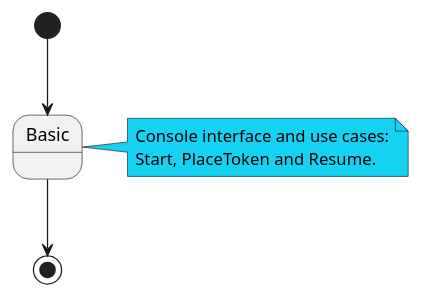
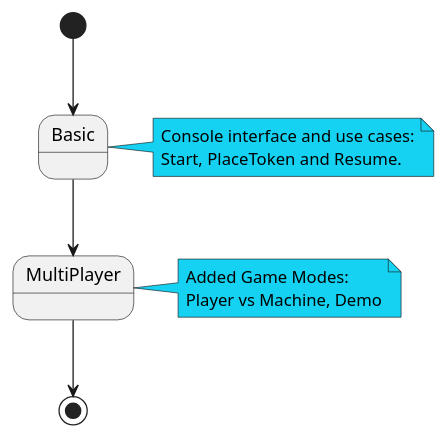
One commit to PabloMartinFluvia/myGame-connect4 changed the diagram in docs/versions/src/versions.plantuml. Above: the diagram before and after it, drawn with PlantUML. The commit also changed 15 other files, not shown here.

```diff
--- a/docs/versions/src/versions.plantuml
+++ b/docs/versions/src/versions.plantuml
@@ -1,13 +1,21 @@
 @startuml versions
 
 state Basic
 
+state MultiPlayer
+
 [*] --> Basic
-Basic --> [*]
+Basic --> MultiPlayer
+MultiPlayer --> [*]
 
 note right of Basic #15D2F3
   Console interface and use cases:
   Start, PlaceToken and Resume.
 end note
 
+note right of MultiPlayer #15D2F3
+  Added Game Modes:
+  Player vs Machine, Demo
+end note
+
 @enduml
```
